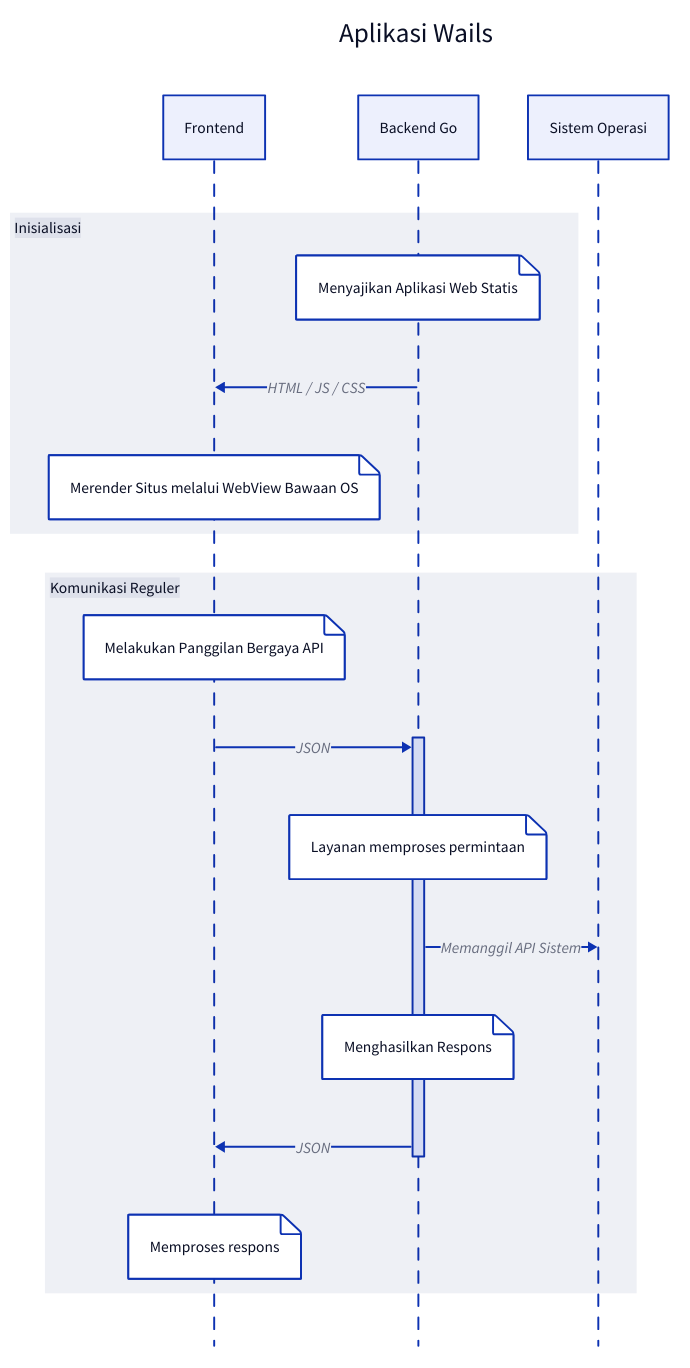
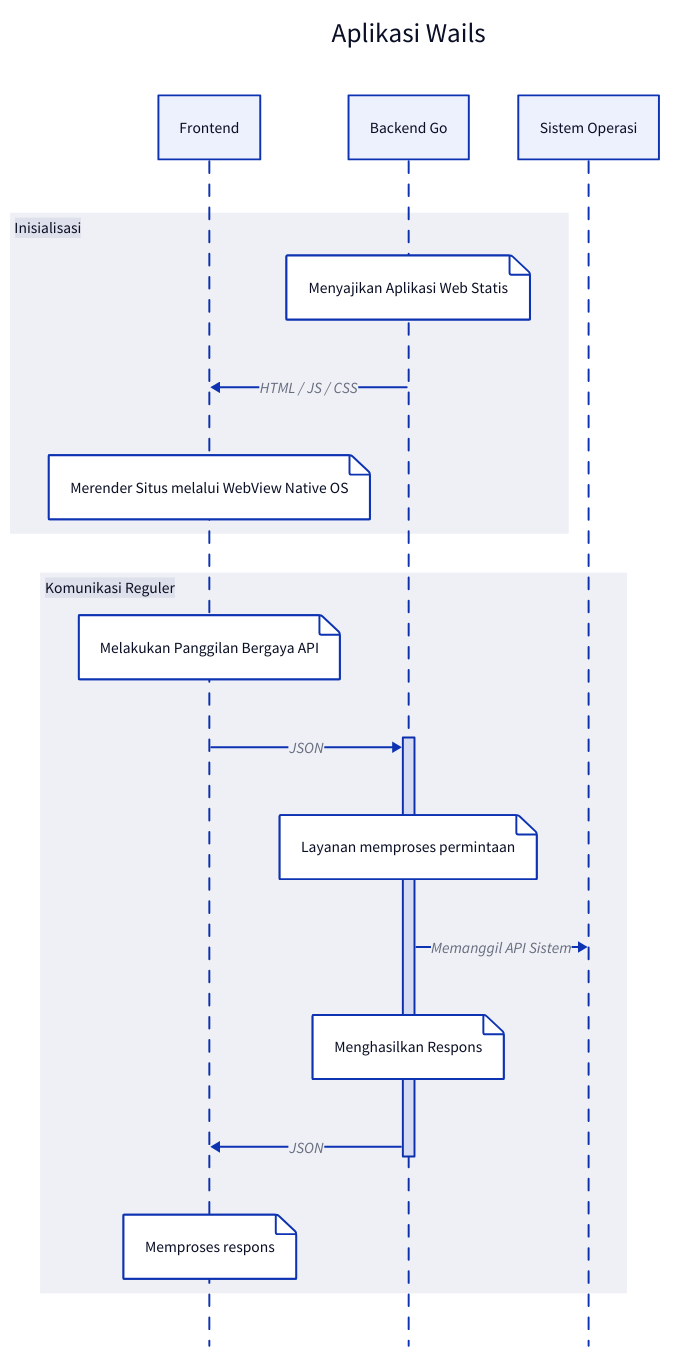
Before and after one commit to wailsapp/wails: the first of 8 diagrams in docs/mpress/content/id/concepts/architecture.md, drawn with D2. The commit also changed other lines of this file and 1096 other files, not shown here.

````diff
--- a/docs/mpress/content/id/concepts/architecture.md
+++ b/docs/mpress/content/id/concepts/architecture.md
@@ -10,30 +10,30 @@
 ```d2
 direction: left
 
 Wails App: {
   shape: sequence_diagram
   label: Aplikasi Wails
 
   frontend: Frontend
   backend: Backend Go
   os: Sistem Operasi
 
   Initialisation: Inisialisasi {
     shape: sequence_diagram
     backend."Serves Static Web App": Menyajikan Aplikasi Web Statis
     backend -> frontend: HTML / JS / CSS
-    frontend."Render Site via OS-native WebView": Merender Situs melalui WebView Bawaan OS
+    frontend."Render Site via OS-native WebView": Merender Situs melalui WebView Native OS
   }
   Regular Communication: Komunikasi Reguler {
     shape: sequence_diagram
     frontend."Make API-style call": Melakukan Panggilan Bergaya API
     frontend -> backend.a: JSON
     backend.a."Service processes request": Layanan memproses permintaan
     backend.a -> os: Memanggil API Sistem
     backend.a."Generate Response": Menghasilkan Respons
     backend.a -> frontend: JSON
     frontend."Process response": Memproses respons
   }
   backend.a.label: a
 }
 ```
````
